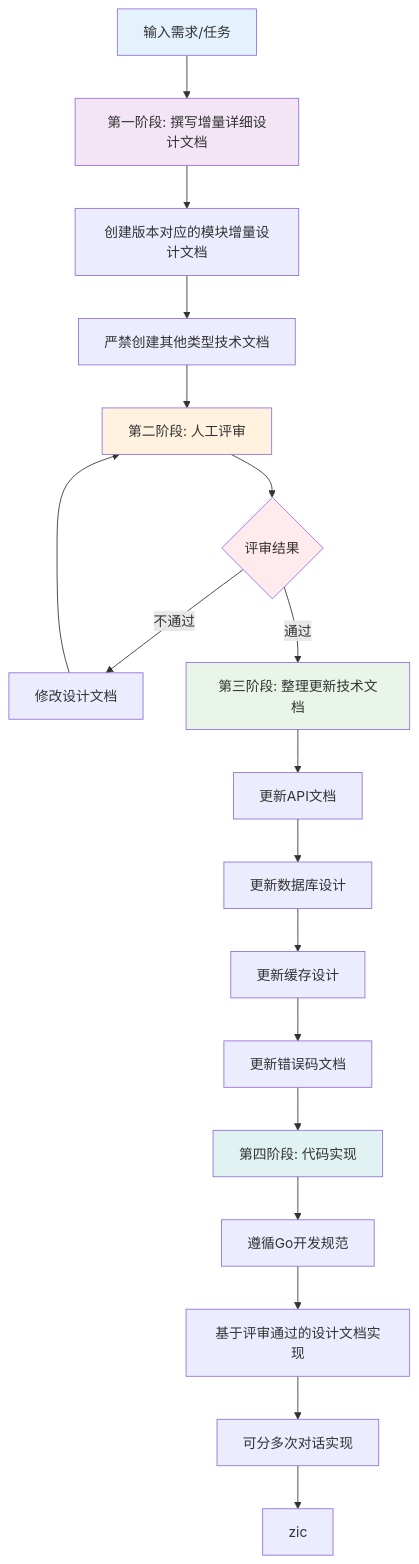
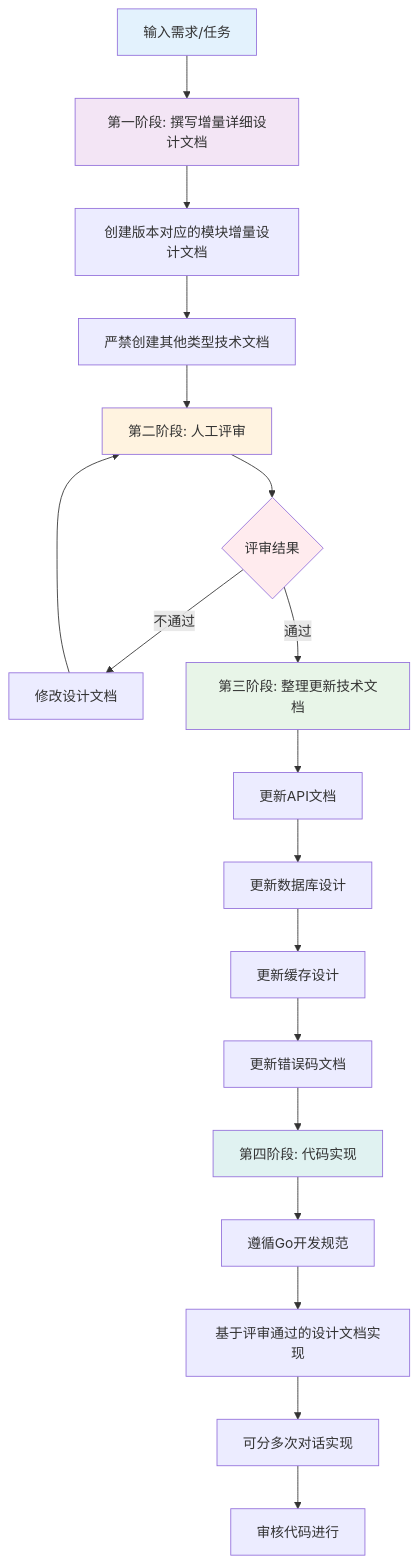
The diagram in all/未命名-1.md (yingjianzh/iodraw-files), drawn with Mermaid before and after one commit.

Commit message:
2025-10-22 17:37:20 update

````diff
--- a/all/未命名-1.md
+++ b/all/未命名-1.md
@@ -1,29 +1,29 @@
 ```mermaid
 
 flowchart TD
     A[输入需求/任务] --> B[第一阶段: 撰写增量详细设计文档]
     B --> C[创建版本对应的模块增量设计文档]
     C --> D[严禁创建其他类型技术文档]
     D --> E[第二阶段: 人工评审]
     E --> F{评审结果}
     F -->|不通过| G[修改设计文档]
     G --> E
     F -->|通过| H[第三阶段: 整理更新技术文档]
     H --> I[更新API文档]
     I --> J[更新数据库设计]
     J --> K[更新缓存设计]
     K --> L[更新错误码文档]
     L --> M[第四阶段: 代码实现]
     M --> N[遵循Go开发规范]
     N --> O[基于评审通过的设计文档实现]
     O --> P[可分多次对话实现]
-    P --> R[zic]
+    P --> R[审核代码进行]
     
     style A fill:#e3f2fd
     style B fill:#f3e5f5
     style E fill:#fff3e0
     style F fill:#ffebee
     style H fill:#e8f5e8
     style M fill:#e0f2f1
 
 ```
````
